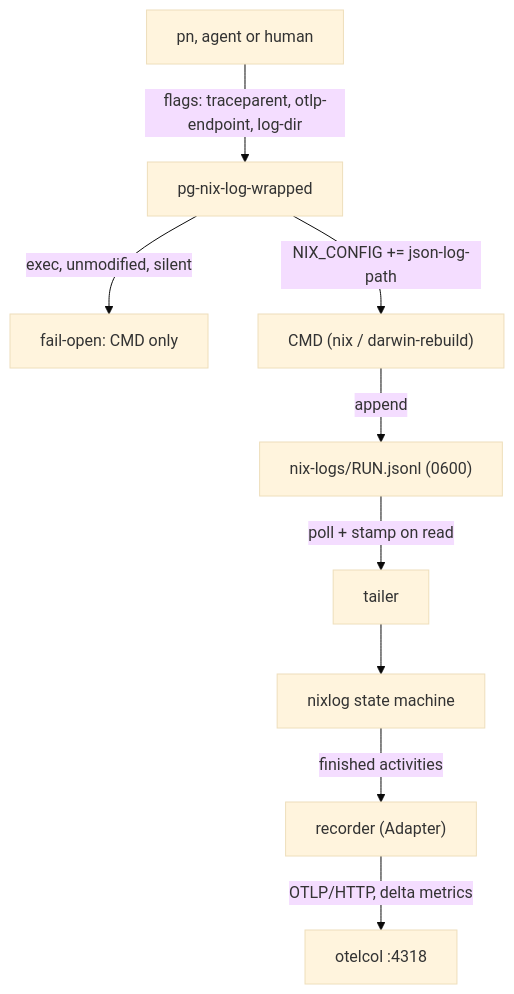
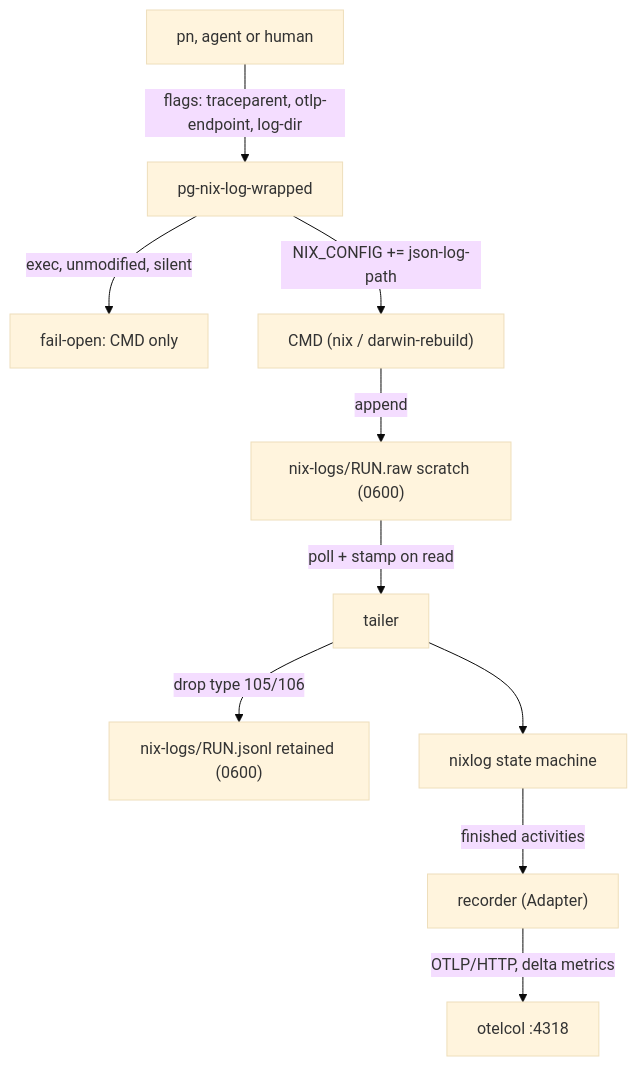
Before and after one commit to phillipgreenii/nix-repo-base: the diagram in docs/adr/0030-pg-nix-log-wrapped.md, drawn with Mermaid (base theme). The commit also changed other lines of this file and 17 other files, not shown here.

First line of the commit message:
pg-nix-log-wrapped: retained log is a filtered copy with separate retain and parse caps

````diff
--- a/docs/adr/0030-pg-nix-log-wrapped.md
+++ b/docs/adr/0030-pg-nix-log-wrapped.md
@@ -18,11 +18,12 @@
 ```mermaid
 flowchart TD
     CALLER["pn, agent or human"] -->|"flags: traceparent, otlp-endpoint, log-dir"| W["pg-nix-log-wrapped"]
     W -->|"exec, unmodified, silent"| OFF["fail-open: CMD only"]
     W -->|"NIX_CONFIG += json-log-path"| NIX["CMD (nix / darwin-rebuild)"]
-    NIX -->|"append"| F["nix-logs/RUN.jsonl (0600)"]
+    NIX -->|"append"| F["nix-logs/RUN.raw scratch (0600)"]
     F -->|"poll + stamp on read"| T["tailer"]
+    T -->|"drop type 105/106"| K["nix-logs/RUN.jsonl retained (0600)"]
     T --> SM["nixlog state machine"]
     SM -->|"finished activities"| R["recorder (Adapter)"]
     R -->|"OTLP/HTTP, delta metrics"| OC["otelcol :4318"]
 ```
````
